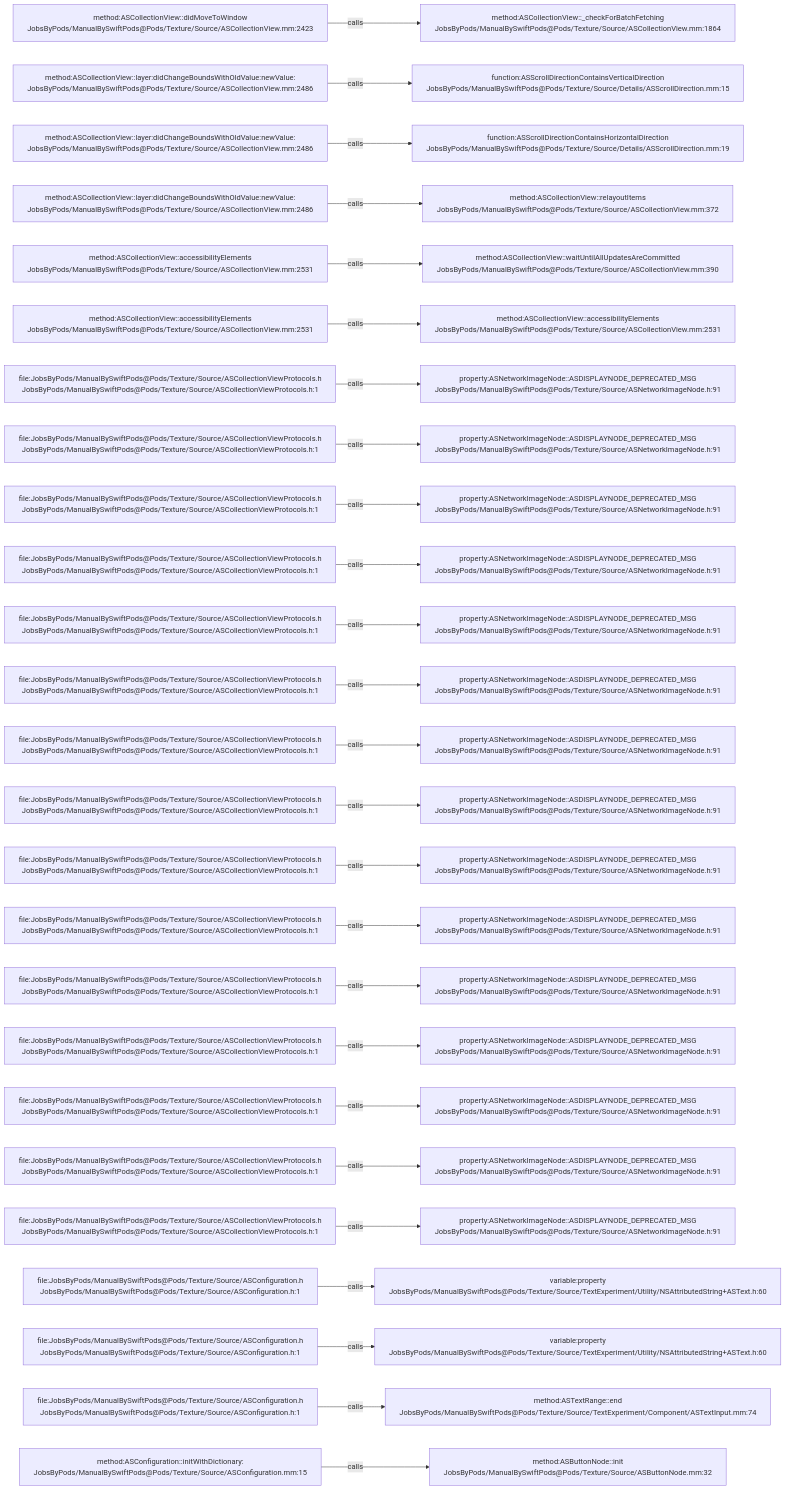
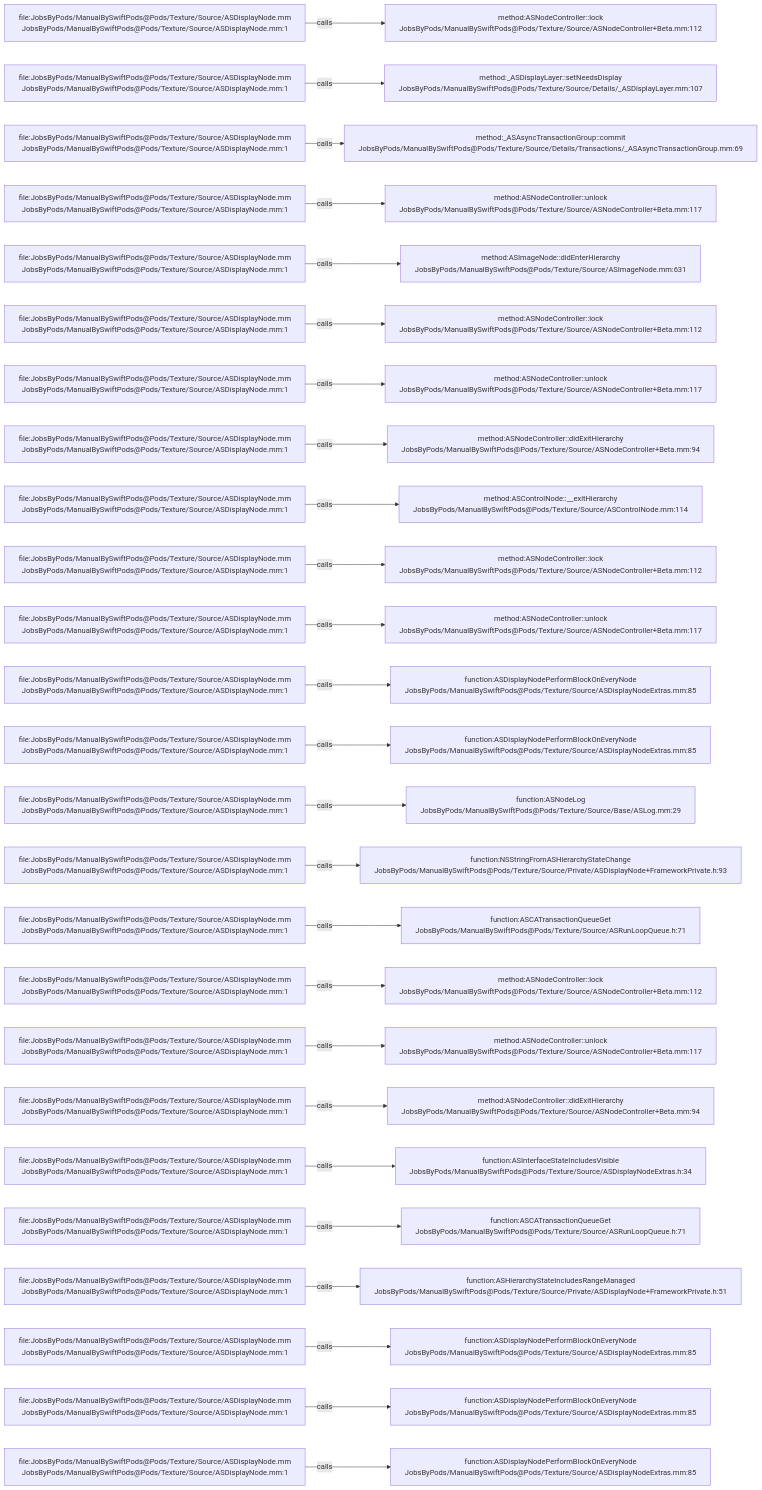
Before and after one commit to JobsKits/JobsSwiftBaseConfigDemo: the diagram in .codegraph/codegraph.md/graphs/calls-034.md, drawn with Mermaid. The commit also changed 832 other files, not shown here.

````diff
--- a/.codegraph/codegraph.md/graphs/calls-034.md
+++ b/.codegraph/codegraph.md/graphs/calls-034.md
@@ -13,78 +13,78 @@
 ```mermaid
 flowchart LR
-  S1["method:ASCollectionView::didMoveToWindow<br/>JobsByPods/ManualBySwiftPods@Pods/Texture/Source/ASCollectionView.mm:2423"]
-  T1["method:ASCollectionView::_checkForBatchFetching<br/>JobsByPods/ManualBySwiftPods@Pods/Texture/Source/ASCollectionView.mm:1864"]
+  S1["file:JobsByPods/ManualBySwiftPods@Pods/Texture/Source/ASDisplayNode.mm<br/>JobsByPods/ManualBySwiftPods@Pods/Texture/Source/ASDisplayNode.mm:1"]
+  T1["method:ASNodeController::lock<br/>JobsByPods/ManualBySwiftPods@Pods/Texture/Source/ASNodeController+Beta.mm:112"]
   S1 -->|calls| T1
-  S2["method:ASCollectionView::layer:didChangeBoundsWithOldValue:newValue:<br/>JobsByPods/ManualBySwiftPods@Pods/Texture/Source/ASCollectionView.mm:2486"]
-  T2["function:ASScrollDirectionContainsVerticalDirection<br/>JobsByPods/ManualBySwiftPods@Pods/Texture/Source/Details/ASScrollDirection.mm:15"]
+  S2["file:JobsByPods/ManualBySwiftPods@Pods/Texture/Source/ASDisplayNode.mm<br/>JobsByPods/ManualBySwiftPods@Pods/Texture/Source/ASDisplayNode.mm:1"]
+  T2["method:_ASDisplayLayer::setNeedsDisplay<br/>JobsByPods/ManualBySwiftPods@Pods/Texture/Source/Details/_ASDisplayLayer.mm:107"]
   S2 -->|calls| T2
-  S3["method:ASCollectionView::layer:didChangeBoundsWithOldValue:newValue:<br/>JobsByPods/ManualBySwiftPods@Pods/Texture/Source/ASCollectionView.mm:2486"]
-  T3["function:ASScrollDirectionContainsHorizontalDirection<br/>JobsByPods/ManualBySwiftPods@Pods/Texture/Source/Details/ASScrollDirection.mm:19"]
+  S3["file:JobsByPods/ManualBySwiftPods@Pods/Texture/Source/ASDisplayNode.mm<br/>JobsByPods/ManualBySwiftPods@Pods/Texture/Source/ASDisplayNode.mm:1"]
+  T3["method:_ASAsyncTransactionGroup::commit<br/>JobsByPods/ManualBySwiftPods@Pods/Texture/Source/Details/Transactions/_ASAsyncTransactionGroup.mm:69"]
   S3 -->|calls| T3
-  S4["method:ASCollectionView::layer:didChangeBoundsWithOldValue:newValue:<br/>JobsByPods/ManualBySwiftPods@Pods/Texture/Source/ASCollectionView.mm:2486"]
-  T4["method:ASCollectionView::relayoutItems<br/>JobsByPods/ManualBySwiftPods@Pods/Texture/Source/ASCollectionView.mm:372"]
+  S4["file:JobsByPods/ManualBySwiftPods@Pods/Texture/Source/ASDisplayNode.mm<br/>JobsByPods/ManualBySwiftPods@Pods/Texture/Source/ASDisplayNode.mm:1"]
+  T4["method:ASNodeController::unlock<br/>JobsByPods/ManualBySwiftPods@Pods/Texture/Source/ASNodeController+Beta.mm:117"]
   S4 -->|calls| T4
-  S5["method:ASCollectionView::accessibilityElements<br/>JobsByPods/ManualBySwiftPods@Pods/Texture/Source/ASCollectionView.mm:2531"]
-  T5["method:ASCollectionView::waitUntilAllUpdatesAreCommitted<br/>JobsByPods/ManualBySwiftPods@Pods/Texture/Source/ASCollectionView.mm:390"]
+  S5["file:JobsByPods/ManualBySwiftPods@Pods/Texture/Source/ASDisplayNode.mm<br/>JobsByPods/ManualBySwiftPods@Pods/Texture/Source/ASDisplayNode.mm:1"]
+  T5["method:ASImageNode::didEnterHierarchy<br/>JobsByPods/ManualBySwiftPods@Pods/Texture/Source/ASImageNode.mm:631"]
   S5 -->|calls| T5
-  S6["method:ASCollectionView::accessibilityElements<br/>JobsByPods/ManualBySwiftPods@Pods/Texture/Source/ASCollectionView.mm:2531"]
-  T6["method:ASCollectionView::accessibilityElements<br/>JobsByPods/ManualBySwiftPods@Pods/Texture/Source/ASCollectionView.mm:2531"]
+  S6["file:JobsByPods/ManualBySwiftPods@Pods/Texture/Source/ASDisplayNode.mm<br/>JobsByPods/ManualBySwiftPods@Pods/Texture/Source/ASDisplayNode.mm:1"]
+  T6["method:ASNodeController::lock<br/>JobsByPods/ManualBySwiftPods@Pods/Texture/Source/ASNodeController+Beta.mm:112"]
   S6 -->|calls| T6
-  S7["file:JobsByPods/ManualBySwiftPods@Pods/Texture/Source/ASCollectionViewProtocols.h<br/>JobsByPods/ManualBySwiftPods@Pods/Texture/Source/ASCollectionViewProtocols.h:1"]
-  T7["property:ASNetworkImageNode::ASDISPLAYNODE_DEPRECATED_MSG<br/>JobsByPods/ManualBySwiftPods@Pods/Texture/Source/ASNetworkImageNode.h:91"]
+  S7["file:JobsByPods/ManualBySwiftPods@Pods/Texture/Source/ASDisplayNode.mm<br/>JobsByPods/ManualBySwiftPods@Pods/Texture/Source/ASDisplayNode.mm:1"]
+  T7["method:ASNodeController::unlock<br/>JobsByPods/ManualBySwiftPods@Pods/Texture/Source/ASNodeController+Beta.mm:117"]
   S7 -->|calls| T7
-  S8["file:JobsByPods/ManualBySwiftPods@Pods/Texture/Source/ASCollectionViewProtocols.h<br/>JobsByPods/ManualBySwiftPods@Pods/Texture/Source/ASCollectionViewProtocols.h:1"]
-  T8["property:ASNetworkImageNode::ASDISPLAYNODE_DEPRECATED_MSG<br/>JobsByPods/ManualBySwiftPods@Pods/Texture/Source/ASNetworkImageNode.h:91"]
+  S8["file:JobsByPods/ManualBySwiftPods@Pods/Texture/Source/ASDisplayNode.mm<br/>JobsByPods/ManualBySwiftPods@Pods/Texture/Source/ASDisplayNode.mm:1"]
+  T8["method:ASNodeController::didExitHierarchy<br/>JobsByPods/ManualBySwiftPods@Pods/Texture/Source/ASNodeController+Beta.mm:94"]
   S8 -->|calls| T8
-  S9["file:JobsByPods/ManualBySwiftPods@Pods/Texture/Source/ASCollectionViewProtocols.h<br/>JobsByPods/ManualBySwiftPods@Pods/Texture/Source/ASCollectionViewProtocols.h:1"]
-  T9["property:ASNetworkImageNode::ASDISPLAYNODE_DEPRECATED_MSG<br/>JobsByPods/ManualBySwiftPods@Pods/Texture/Source/ASNetworkImageNode.h:91"]
+  S9["file:JobsByPods/ManualBySwiftPods@Pods/Texture/Source/ASDisplayNode.mm<br/>JobsByPods/ManualBySwiftPods@Pods/Texture/Source/ASDisplayNode.mm:1"]
+  T9["method:ASControlNode::__exitHierarchy<br/>JobsByPods/ManualBySwiftPods@Pods/Texture/Source/ASControlNode.mm:114"]
   S9 -->|calls| T9
-  S10["file:JobsByPods/ManualBySwiftPods@Pods/Texture/Source/ASCollectionViewProtocols.h<br/>JobsByPods/ManualBySwiftPods@Pods/Texture/Source/ASCollectionViewProtocols.h:1"]
-  T10["property:ASNetworkImageNode::ASDISPLAYNODE_DEPRECATED_MSG<br/>JobsByPods/ManualBySwiftPods@Pods/Texture/Source/ASNetworkImageNode.h:91"]
+  S10["file:JobsByPods/ManualBySwiftPods@Pods/Texture/Source/ASDisplayNode.mm<br/>JobsByPods/ManualBySwiftPods@Pods/Texture/Source/ASDisplayNode.mm:1"]
+  T10["method:ASNodeController::lock<br/>JobsByPods/ManualBySwiftPods@Pods/Texture/Source/ASNodeController+Beta.mm:112"]
   S10 -->|calls| T10
-  S11["file:JobsByPods/ManualBySwiftPods@Pods/Texture/Source/ASCollectionViewProtocols.h<br/>JobsByPods/ManualBySwiftPods@Pods/Texture/Source/ASCollectionViewProtocols.h:1"]
-  T11["property:ASNetworkImageNode::ASDISPLAYNODE_DEPRECATED_MSG<br/>JobsByPods/ManualBySwiftPods@Pods/Texture/Source/ASNetworkImageNode.h:91"]
+  S11["file:JobsByPods/ManualBySwiftPods@Pods/Texture/Source/ASDisplayNode.mm<br/>JobsByPods/ManualBySwiftPods@Pods/Texture/Source/ASDisplayNode.mm:1"]
+  T11["method:ASNodeController::unlock<br/>JobsByPods/ManualBySwiftPods@Pods/Texture/Source/ASNodeController+Beta.mm:117"]
   S11 -->|calls| T11
-  S12["file:JobsByPods/ManualBySwiftPods@Pods/Texture/Source/ASCollectionViewProtocols.h<br/>JobsByPods/ManualBySwiftPods@Pods/Texture/Source/ASCollectionViewProtocols.h:1"]
-  T12["property:ASNetworkImageNode::ASDISPLAYNODE_DEPRECATED_MSG<br/>JobsByPods/ManualBySwiftPods@Pods/Texture/Source/ASNetworkImageNode.h:91"]
+  S12["file:JobsByPods/ManualBySwiftPods@Pods/Texture/Source/ASDisplayNode.mm<br/>JobsByPods/ManualBySwiftPods@Pods/Texture/Source/ASDisplayNode.mm:1"]
+  T12["function:ASDisplayNodePerformBlockOnEveryNode<br/>JobsByPods/ManualBySwiftPods@Pods/Texture/Source/ASDisplayNodeExtras.mm:85"]
   S12 -->|calls| T12
-  S13["file:JobsByPods/ManualBySwiftPods@Pods/Texture/Source/ASCollectionViewProtocols.h<br/>JobsByPods/ManualBySwiftPods@Pods/Texture/Source/ASCollectionViewProtocols.h:1"]
-  T13["property:ASNetworkImageNode::ASDISPLAYNODE_DEPRECATED_MSG<br/>JobsByPods/ManualBySwiftPods@Pods/Texture/Source/ASNetworkImageNode.h:91"]
+  S13["file:JobsByPods/ManualBySwiftPods@Pods/Texture/Source/ASDisplayNode.mm<br/>JobsByPods/ManualBySwiftPods@Pods/Texture/Source/ASDisplayNode.mm:1"]
+  T13["function:ASDisplayNodePerformBlockOnEveryNode<br/>JobsByPods/ManualBySwiftPods@Pods/Texture/Source/ASDisplayNodeExtras.mm:85"]
   S13 -->|calls| T13
-  S14["file:JobsByPods/ManualBySwiftPods@Pods/Texture/Source/ASCollectionViewProtocols.h<br/>JobsByPods/ManualBySwiftPods@Pods/Texture/Source/ASCollectionViewProtocols.h:1"]
-  T14["property:ASNetworkImageNode::ASDISPLAYNODE_DEPRECATED_MSG<br/>JobsByPods/ManualBySwiftPods@Pods/Texture/Source/ASNetworkImageNode.h:91"]
+  S14["file:JobsByPods/ManualBySwiftPods@Pods/Texture/Source/ASDisplayNode.mm<br/>JobsByPods/ManualBySwiftPods@Pods/Texture/Source/ASDisplayNode.mm:1"]
+  T14["function:ASNodeLog<br/>JobsByPods/ManualBySwiftPods@Pods/Texture/Source/Base/ASLog.mm:29"]
   S14 -->|calls| T14
-  S15["file:JobsByPods/ManualBySwiftPods@Pods/Texture/Source/ASCollectionViewProtocols.h<br/>JobsByPods/ManualBySwiftPods@Pods/Texture/Source/ASCollectionViewProtocols.h:1"]
-  T15["property:ASNetworkImageNode::ASDISPLAYNODE_DEPRECATED_MSG<br/>JobsByPods/ManualBySwiftPods@Pods/Texture/Source/ASNetworkImageNode.h:91"]
+  S15["file:JobsByPods/ManualBySwiftPods@Pods/Texture/Source/ASDisplayNode.mm<br/>JobsByPods/ManualBySwiftPods@Pods/Texture/Source/ASDisplayNode.mm:1"]
+  T15["function:NSStringFromASHierarchyStateChange<br/>JobsByPods/ManualBySwiftPods@Pods/Texture/Source/Private/ASDisplayNode+FrameworkPrivate.h:93"]
   S15 -->|calls| T15
-  S16["file:JobsByPods/ManualBySwiftPods@Pods/Texture/Source/ASCollectionViewProtocols.h<br/>JobsByPods/ManualBySwiftPods@Pods/Texture/Source/ASCollectionViewProtocols.h:1"]
-  T16["property:ASNetworkImageNode::ASDISPLAYNODE_DEPRECATED_MSG<br/>JobsByPods/ManualBySwiftPods@Pods/Texture/Source/ASNetworkImageNode.h:91"]
+  S16["file:JobsByPods/ManualBySwiftPods@Pods/Texture/Source/ASDisplayNode.mm<br/>JobsByPods/ManualBySwiftPods@Pods/Texture/Source/ASDisplayNode.mm:1"]
+  T16["function:ASCATransactionQueueGet<br/>JobsByPods/ManualBySwiftPods@Pods/Texture/Source/ASRunLoopQueue.h:71"]
   S16 -->|calls| T16
-  S17["file:JobsByPods/ManualBySwiftPods@Pods/Texture/Source/ASCollectionViewProtocols.h<br/>JobsByPods/ManualBySwiftPods@Pods/Texture/Source/ASCollectionViewProtocols.h:1"]
-  T17["property:ASNetworkImageNode::ASDISPLAYNODE_DEPRECATED_MSG<br/>JobsByPods/ManualBySwiftPods@Pods/Texture/Source/ASNetworkImageNode.h:91"]
+  S17["file:JobsByPods/ManualBySwiftPods@Pods/Texture/Source/ASDisplayNode.mm<br/>JobsByPods/ManualBySwiftPods@Pods/Texture/Source/ASDisplayNode.mm:1"]
+  T17["method:ASNodeController::lock<br/>JobsByPods/ManualBySwiftPods@Pods/Texture/Source/ASNodeController+Beta.mm:112"]
   S17 -->|calls| T17
-  S18["file:JobsByPods/ManualBySwiftPods@Pods/Texture/Source/ASCollectionViewProtocols.h<br/>JobsByPods/ManualBySwiftPods@Pods/Texture/Source/ASCollectionViewProtocols.h:1"]
-  T18["property:ASNetworkImageNode::ASDISPLAYNODE_DEPRECATED_MSG<br/>JobsByPods/ManualBySwiftPods@Pods/Texture/Source/ASNetworkImageNode.h:91"]
+  S18["file:JobsByPods/ManualBySwiftPods@Pods/Texture/Source/ASDisplayNode.mm<br/>JobsByPods/ManualBySwiftPods@Pods/Texture/Source/ASDisplayNode.mm:1"]
+  T18["method:ASNodeController::unlock<br/>JobsByPods/ManualBySwiftPods@Pods/Texture/Source/ASNodeController+Beta.mm:117"]
   S18 -->|calls| T18
-  S19["file:JobsByPods/ManualBySwiftPods@Pods/Texture/Source/ASCollectionViewProtocols.h<br/>JobsByPods/ManualBySwiftPods@Pods/Texture/Source/ASCollectionViewProtocols.h:1"]
-  T19["property:ASNetworkImageNode::ASDISPLAYNODE_DEPRECATED_MSG<br/>JobsByPods/ManualBySwiftPods@Pods/Texture/Source/ASNetworkImageNode.h:91"]
+  S19["file:JobsByPods/ManualBySwiftPods@Pods/Texture/Source/ASDisplayNode.mm<br/>JobsByPods/ManualBySwiftPods@Pods/Texture/Source/ASDisplayNode.mm:1"]
+  T19["method:ASNodeController::didExitHierarchy<br/>JobsByPods/ManualBySwiftPods@Pods/Texture/Source/ASNodeController+Beta.mm:94"]
   S19 -->|calls| T19
-  S20["file:JobsByPods/ManualBySwiftPods@Pods/Texture/Source/ASCollectionViewProtocols.h<br/>JobsByPods/ManualBySwiftPods@Pods/Texture/Source/ASCollectionViewProtocols.h:1"]
-  T20["property:ASNetworkImageNode::ASDISPLAYNODE_DEPRECATED_MSG<br/>JobsByPods/ManualBySwiftPods@Pods/Texture/Source/ASNetworkImageNode.h:91"]
+  S20["file:JobsByPods/ManualBySwiftPods@Pods/Texture/Source/ASDisplayNode.mm<br/>JobsByPods/ManualBySwiftPods@Pods/Texture/Source/ASDisplayNode.mm:1"]
+  T20["function:ASInterfaceStateIncludesVisible<br/>JobsByPods/ManualBySwiftPods@Pods/Texture/Source/ASDisplayNodeExtras.h:34"]
   S20 -->|calls| T20
-  S21["file:JobsByPods/ManualBySwiftPods@Pods/Texture/Source/ASCollectionViewProtocols.h<br/>JobsByPods/ManualBySwiftPods@Pods/Texture/Source/ASCollectionViewProtocols.h:1"]
-  T21["property:ASNetworkImageNode::ASDISPLAYNODE_DEPRECATED_MSG<br/>JobsByPods/ManualBySwiftPods@Pods/Texture/Source/ASNetworkImageNode.h:91"]
+  S21["file:JobsByPods/ManualBySwiftPods@Pods/Texture/Source/ASDisplayNode.mm<br/>JobsByPods/ManualBySwiftPods@Pods/Texture/Source/ASDisplayNode.mm:1"]
+  T21["function:ASCATransactionQueueGet<br/>JobsByPods/ManualBySwiftPods@Pods/Texture/Source/ASRunLoopQueue.h:71"]
   S21 -->|calls| T21
-  S22["file:JobsByPods/ManualBySwiftPods@Pods/Texture/Source/ASConfiguration.h<br/>JobsByPods/ManualBySwiftPods@Pods/Texture/Source/ASConfiguration.h:1"]
-  T22["variable:property<br/>JobsByPods/ManualBySwiftPods@Pods/Texture/Source/TextExperiment/Utility/NSAttributedString+ASText.h:60"]
+  S22["file:JobsByPods/ManualBySwiftPods@Pods/Texture/Source/ASDisplayNode.mm<br/>JobsByPods/ManualBySwiftPods@Pods/Texture/Source/ASDisplayNode.mm:1"]
+  T22["function:ASHierarchyStateIncludesRangeManaged<br/>JobsByPods/ManualBySwiftPods@Pods/Texture/Source/Private/ASDisplayNode+FrameworkPrivate.h:51"]
   S22 -->|calls| T22
-  S23["file:JobsByPods/ManualBySwiftPods@Pods/Texture/Source/ASConfiguration.h<br/>JobsByPods/ManualBySwiftPods@Pods/Texture/Source/ASConfiguration.h:1"]
-  T23["variable:property<br/>JobsByPods/ManualBySwiftPods@Pods/Texture/Source/TextExperiment/Utility/NSAttributedString+ASText.h:60"]
+  S23["file:JobsByPods/ManualBySwiftPods@Pods/Texture/Source/ASDisplayNode.mm<br/>JobsByPods/ManualBySwiftPods@Pods/Texture/Source/ASDisplayNode.mm:1"]
+  T23["function:ASDisplayNodePerformBlockOnEveryNode<br/>JobsByPods/ManualBySwiftPods@Pods/Texture/Source/ASDisplayNodeExtras.mm:85"]
   S23 -->|calls| T23
-  S24["file:JobsByPods/ManualBySwiftPods@Pods/Texture/Source/ASConfiguration.h<br/>JobsByPods/ManualBySwiftPods@Pods/Texture/Source/ASConfiguration.h:1"]
-  T24["method:ASTextRange::end<br/>JobsByPods/ManualBySwiftPods@Pods/Texture/Source/TextExperiment/Component/ASTextInput.mm:74"]
+  S24["file:JobsByPods/ManualBySwiftPods@Pods/Texture/Source/ASDisplayNode.mm<br/>JobsByPods/ManualBySwiftPods@Pods/Texture/Source/ASDisplayNode.mm:1"]
+  T24["function:ASDisplayNodePerformBlockOnEveryNode<br/>JobsByPods/ManualBySwiftPods@Pods/Texture/Source/ASDisplayNodeExtras.mm:85"]
   S24 -->|calls| T24
-  S25["method:ASConfiguration::initWithDictionary:<br/>JobsByPods/ManualBySwiftPods@Pods/Texture/Source/ASConfiguration.mm:15"]
-  T25["method:ASButtonNode::init<br/>JobsByPods/ManualBySwiftPods@Pods/Texture/Source/ASButtonNode.mm:32"]
+  S25["file:JobsByPods/ManualBySwiftPods@Pods/Texture/Source/ASDisplayNode.mm<br/>JobsByPods/ManualBySwiftPods@Pods/Texture/Source/ASDisplayNode.mm:1"]
+  T25["function:ASDisplayNodePerformBlockOnEveryNode<br/>JobsByPods/ManualBySwiftPods@Pods/Texture/Source/ASDisplayNodeExtras.mm:85"]
   S25 -->|calls| T25
 ```
````
